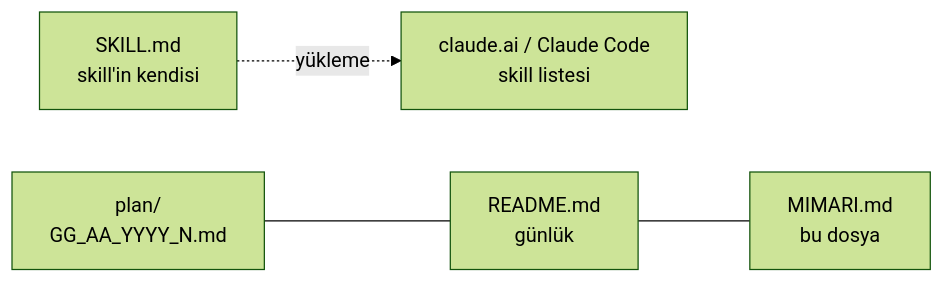
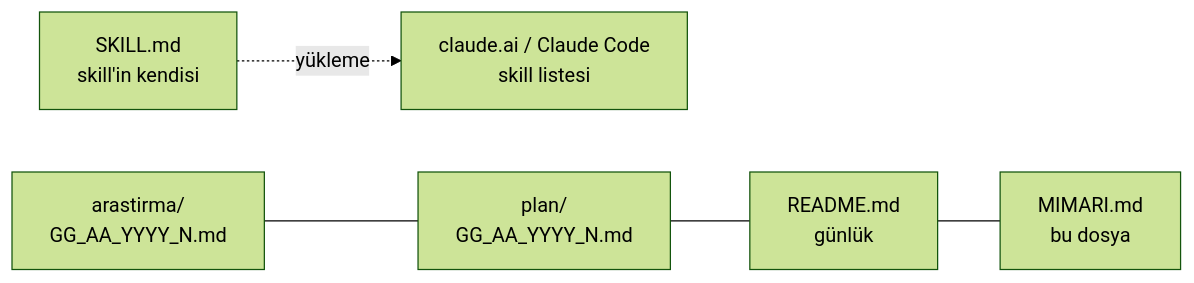
The first of 2 diagrams in programlama-dili-ogret/MIMARI.md (s4plant1-coder/Claude_Skills), drawn with Mermaid (forest theme) before and after one commit. The commit also changed other lines of this file and 11 other files, not shown here.

````diff
--- a/programlama-dili-ogret/MIMARI.md
+++ b/programlama-dili-ogret/MIMARI.md
@@ -8,6 +8,7 @@
 ```mermaid
 flowchart LR
     SKILL[SKILL.md<br/>skill'in kendisi] -. yükleme .-> Claude[claude.ai / Claude Code<br/>skill listesi]
     README[README.md<br/>günlük] --- MIMARI[MIMARI.md<br/>bu dosya]
     PLAN[plan/<br/>GG_AA_YYYY_N.md] --- README
+    ARS[arastirma/<br/>GG_AA_YYYY_N.md] --- PLAN
 ```
````
